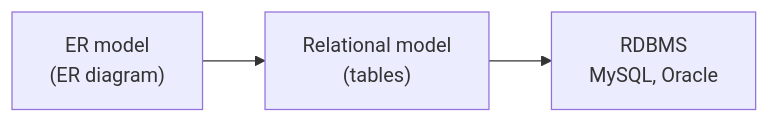
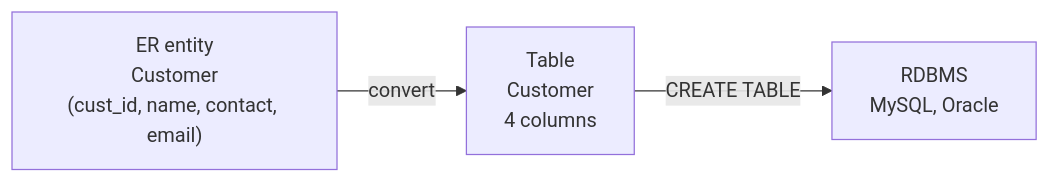
Before and after one commit to aaryan-pradhan/core-cs-fundamentals: the first of 10 diagrams in dbms/07-relational-model.md, drawn with Mermaid. The commit also changed other lines of this file, not shown here.

````diff
--- a/dbms/07-relational-model.md
+++ b/dbms/07-relational-model.md
@@ -5,4 +9,4 @@
 ```mermaid
 flowchart LR
-  A["ER model<br/>(ER diagram)"] --> B["Relational model<br/>(tables)"] --> C["RDBMS<br/>MySQL, Oracle"]
+  E["ER entity<br/>Customer<br/>(cust_id, name, contact, email)"] -->|"convert"| T["Table<br/>Customer<br/>4 columns"] -->|"CREATE TABLE"| R["RDBMS<br/>MySQL, Oracle"]
 ```
````
